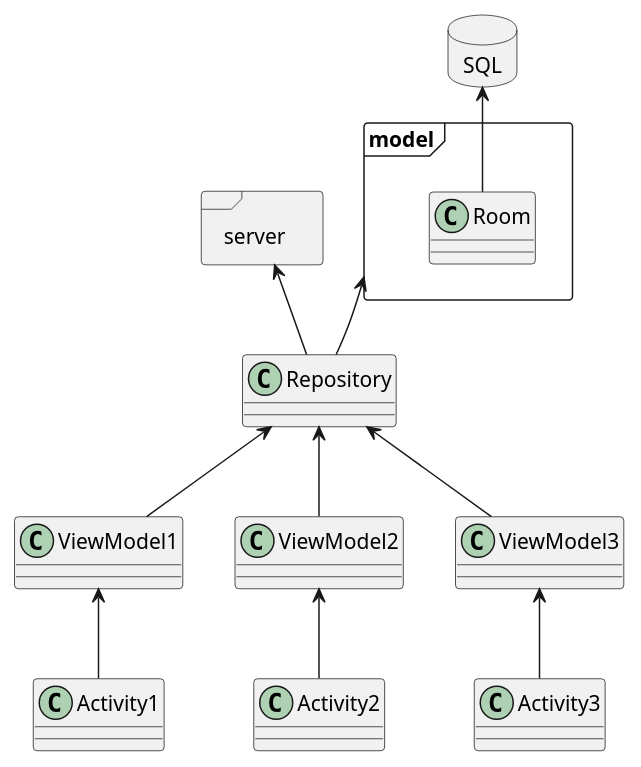
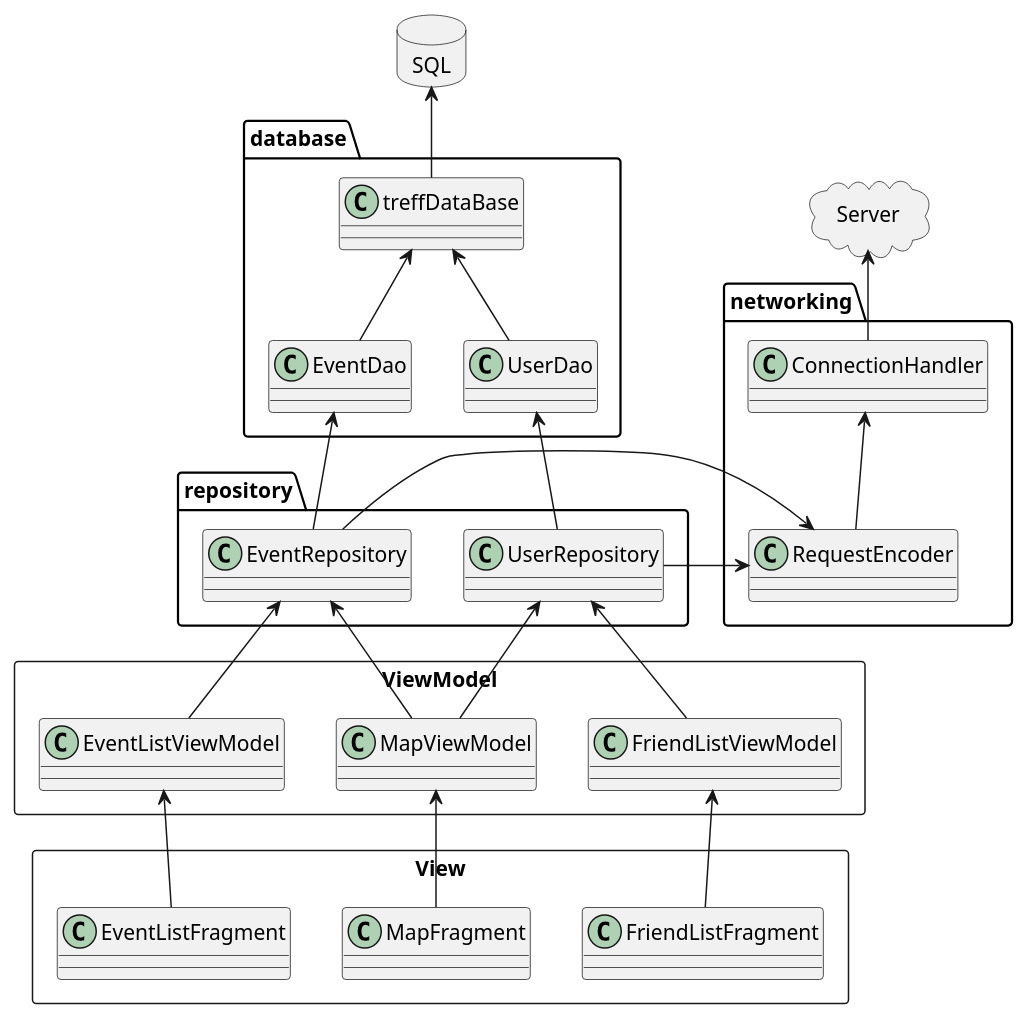
One commit to V0G3L/treff. changed the diagram in client/app/src/main/java/org/pispeb/treff_client/database.puml. Above: the diagram before and after it, drawn with PlantUML. The commit also changed 8 other files, not shown here.

```diff
--- a/client/app/src/main/java/org/pispeb/treff_client/database.puml
+++ b/client/app/src/main/java/org/pispeb/treff_client/database.puml
@@ -1,30 +1,57 @@
 @startuml
 
-class Activity1
-class Activity2
-class Activity3
-ViewModel1 <-down- Activity1
-ViewModel2 <-down- Activity2
-ViewModel3 <-down- Activity3
-Repository <-down- ViewModel1
-Repository <-down- ViewModel2
-Repository <-down- ViewModel3
+package View <<Rectangle>> {
+class FriendListFragment
+class MapFragment
+class EventListFragment
+}
+package ViewModel <<Rectangle>> {
+    class FriendListViewModel
+    class MapViewModel
+    class EventListViewModel
+}
+package repository {
+    class UserRepository
+    class EventRepository
+}
+FriendListViewModel <-down- FriendListFragment
+MapViewModel <-down- MapFragment
+EventListViewModel <-down- EventListFragment
+UserRepository <-down- FriendListViewModel
+UserRepository <-down- MapViewModel
+EventRepository <-down- MapViewModel
+EventRepository <-down- EventListViewModel
 
-package model <<Frame>> {
-    class Room
+package database {
+    class UserDao
+    class EventDao
+    class treffDataBase
 }
 
-package server <<Frame>> {
+treffDataBase <-down- UserDao
+treffDataBase <-down- EventDao
+
+package networking {
+    class RequestEncoder
+    class ConnectionHandler
+}
+
+
+package Server <<Cloud>> {
 
 }
 
 
-model <-down- Repository
-server <-down- Repository
+UserDao <-right- UserRepository
+RequestEncoder <-down- UserRepository
+EventDao <-down- EventRepository
+RequestEncoder <-left- EventRepository
+ConnectionHandler <-down- RequestEncoder
+Server <-down- ConnectionHandler
 
 package SQL <<Database>> {
 }
 
-SQL <-down- Room
+SQL <-down- treffDataBase
 
 @enduml
```
